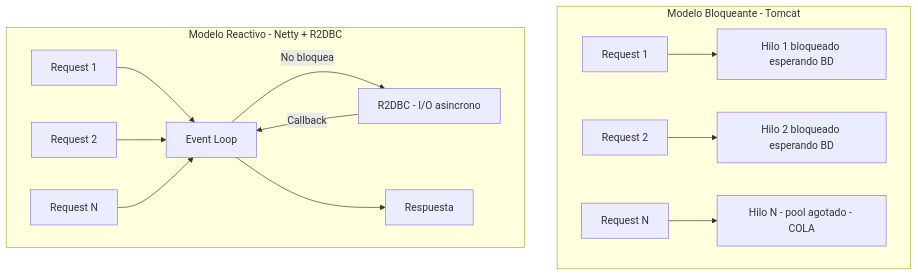
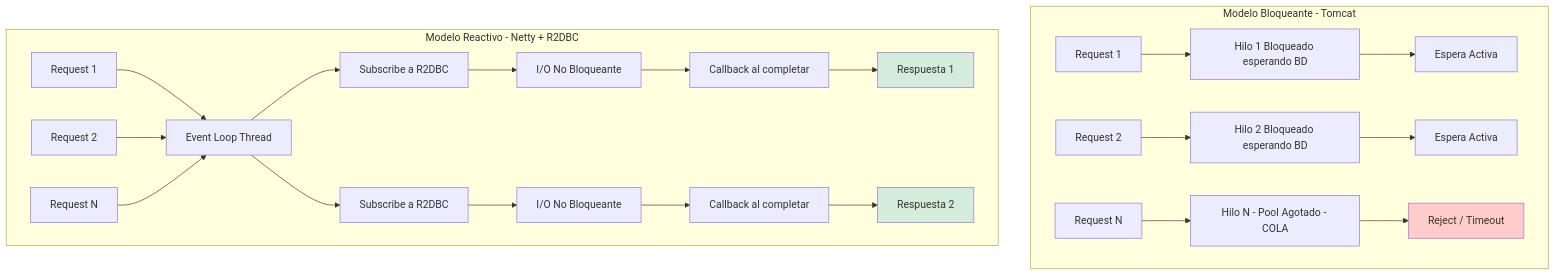
Before and after one commit to Joaquinriosheredia/DAM-Java-Mastery: the first of 4 diagrams in 02_Arquitectura/arquitectura_de_microservicios_reactivos_con_spring_boot_3.3_y_r2dbc_STAFF.md, drawn with Mermaid. The commit also changed other lines of this file, not shown here.

Commit message:
arquitectura_de_microservicios_reactivos_con_spring_boot_3.3_y_r2dbc_STAFF.md

````diff
--- a/02_Arquitectura/arquitectura_de_microservicios_reactivos_con_spring_boot_3.3_y_r2dbc_STAFF.md
+++ b/02_Arquitectura/arquitectura_de_microservicios_reactivos_con_spring_boot_3.3_y_r2dbc_STAFF.md
@@ -26,16 +38,31 @@
 ```mermaid
 graph TD
-    subgraph Modelo Bloqueante - Tomcat
-        A[Request 1] --> B[Hilo 1 bloqueado esperando BD]
-        C[Request 2] --> D[Hilo 2 bloqueado esperando BD]
-        E[Request N] --> F[Hilo N - pool agotado - COLA]
+    subgraph "Modelo Bloqueante - Tomcat"
+        REQ1[Request 1] --> THREAD1[Hilo 1 Bloqueado esperando BD]
+        REQ2[Request 2] --> THREAD2[Hilo 2 Bloqueado esperando BD]
+        REQN[Request N] --> THREADN[Hilo N - Pool Agotado - COLA]
+        THREAD1 --> WAIT1[Espera Activa]
+        THREAD2 --> WAIT2[Espera Activa]
+        THREADN --> FAIL[Reject / Timeout]
     end
-    subgraph Modelo Reactivo - Netty + R2DBC
-        G[Request 1] --> H[Event Loop]
-        I[Request 2] --> H
-        J[Request N] --> H
-        H -->|No bloquea| K[R2DBC - I/O asincrono]
-        K -->|Callback| H
-        H --> L[Respuesta]
+    
+    subgraph "Modelo Reactivo - Netty + R2DBC"
+        REQ1R[Request 1] --> LOOP[Event Loop Thread]
+        REQ2R[Request 2] --> LOOP
+        REQNR[Request N] --> LOOP
+        
+        LOOP --> SUB1[Subscribe a R2DBC]
+        SUB1 --> NON_BLOCK[I/O No Bloqueante]
+        NON_BLOCK --> CALLBACK[Callback al completar]
+        CALLBACK --> RESP1[Respuesta 1]
+        
+        LOOP --> SUB2[Subscribe a R2DBC]
+        SUB2 --> NON_BLOCK2[I/O No Bloqueante]
+        NON_BLOCK2 --> CALLBACK2[Callback al completar]
+        CALLBACK2 --> RESP2[Respuesta 2]
     end
+    
+    style FAIL fill:#ffcccc
+    style RESP1 fill:#d4edda
+    style RESP2 fill:#d4edda
 ```
````
